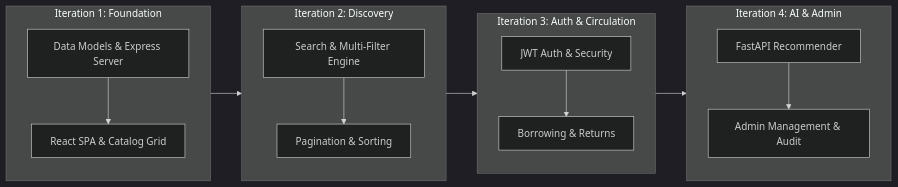
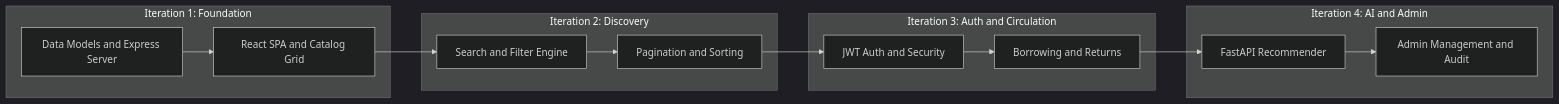
One commit to piyush-1331/BookSphere changed the second of 7 diagrams in README.md. Above: the diagram before and after it, drawn with Mermaid (dark theme). The commit also changed other lines of this file, not shown here.

Commit message:
fix(docs): resolve GitHub Mermaid diagram parsing errors across all sections

````diff
--- a/README.md
+++ b/README.md
@@ -364,17 +364,19 @@
 ```mermaid
 flowchart LR
     subgraph Iteration_1 ["Iteration 1: Foundation"]
-        I1A["Data Models & Express Server"] --> I1B["React SPA & Catalog Grid"]
+        I1A["Data Models and Express Server"] --> I1B["React SPA and Catalog Grid"]
     end
     subgraph Iteration_2 ["Iteration 2: Discovery"]
-        I2A["Search & Multi-Filter Engine"] --> I2B["Pagination & Sorting"]
+        I2A["Search and Filter Engine"] --> I2B["Pagination and Sorting"]
     end
-    subgraph Iteration_3 ["Iteration 3: Auth & Circulation"]
-        I3A["JWT Auth & Security"] --> I3B["Borrowing & Returns"]
+    subgraph Iteration_3 ["Iteration 3: Auth and Circulation"]
+        I3A["JWT Auth and Security"] --> I3B["Borrowing and Returns"]
     end
-    subgraph Iteration_4 ["Iteration 4: AI & Admin"]
-        I4A["FastAPI Recommender"] --> I4B["Admin Management & Audit"]
+    subgraph Iteration_4 ["Iteration 4: AI and Admin"]
+        I4A["FastAPI Recommender"] --> I4B["Admin Management and Audit"]
     end
 
-    Iteration_1 --> Iteration_2 --> Iteration_3 --> Iteration_4
+    I1B --> I2A
+    I2B --> I3A
+    I3B --> I4A
 ```
````
